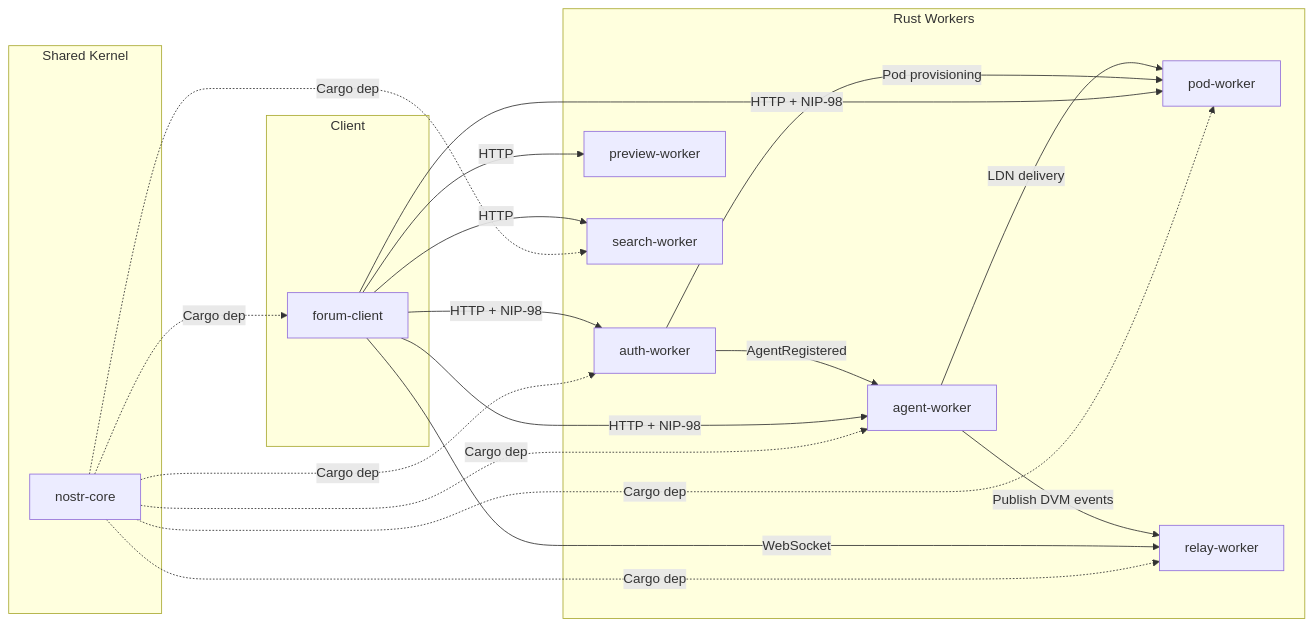
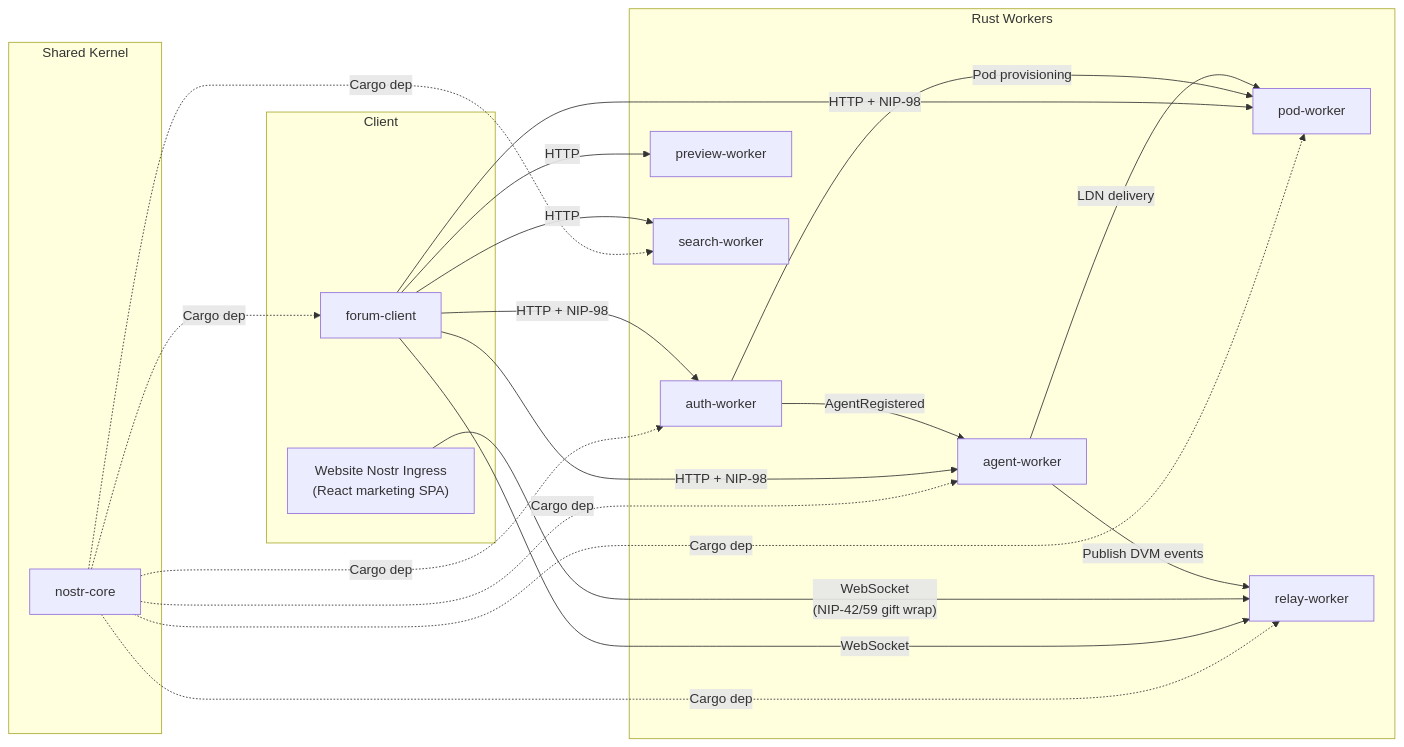
Before and after one commit to DreamLab-AI/dreamlab-ai-website: the second of 2 diagrams in docs/ddd/README.md, drawn with Mermaid. The commit also changed other lines of this file and 26 other files, not shown here.

````diff
--- a/docs/ddd/README.md
+++ b/docs/ddd/README.md
@@ -72,36 +74,38 @@
 ```mermaid
 graph LR
     subgraph "Shared Kernel"
         NC["nostr-core"]
     end
 
     subgraph "Client"
         FC["forum-client"]
+        WNI["Website Nostr Ingress<br/>(React marketing SPA)"]
     end
 
     subgraph "Rust Workers"
         AW["auth-worker"]
         PW["pod-worker"]
         PV["preview-worker"]
         RW["relay-worker"]
         SW["search-worker"]
         AGW["agent-worker"]
     end
 
     NC -.->|"Cargo dep"| FC
     NC -.->|"Cargo dep"| AW
     NC -.->|"Cargo dep"| PW
     NC -.->|"Cargo dep"| RW
     NC -.->|"Cargo dep"| SW
     NC -.->|"Cargo dep"| AGW
     FC -->|"HTTP + NIP-98"| AW
     FC -->|"HTTP + NIP-98"| PW
     FC -->|"HTTP"| PV
     FC -->|"WebSocket"| RW
     FC -->|"HTTP"| SW
     FC -->|"HTTP + NIP-98"| AGW
+    WNI -->|"WebSocket<br/>(NIP-42/59 gift wrap)"| RW
     AW -->|"Pod provisioning"| PW
     AW -->|"AgentRegistered"| AGW
     AGW -->|"LDN delivery"| PW
     AGW -->|"Publish DVM events"| RW
 ```
````
